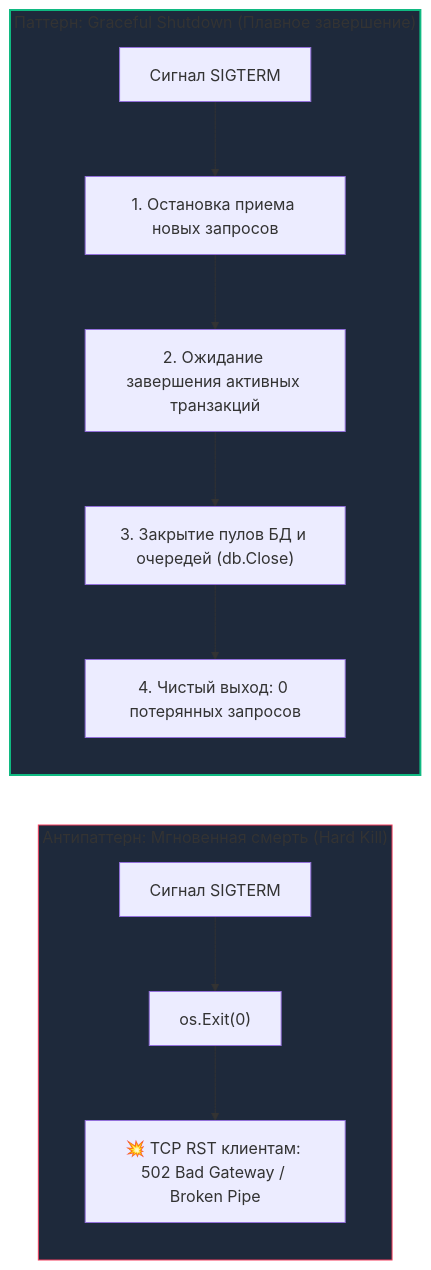
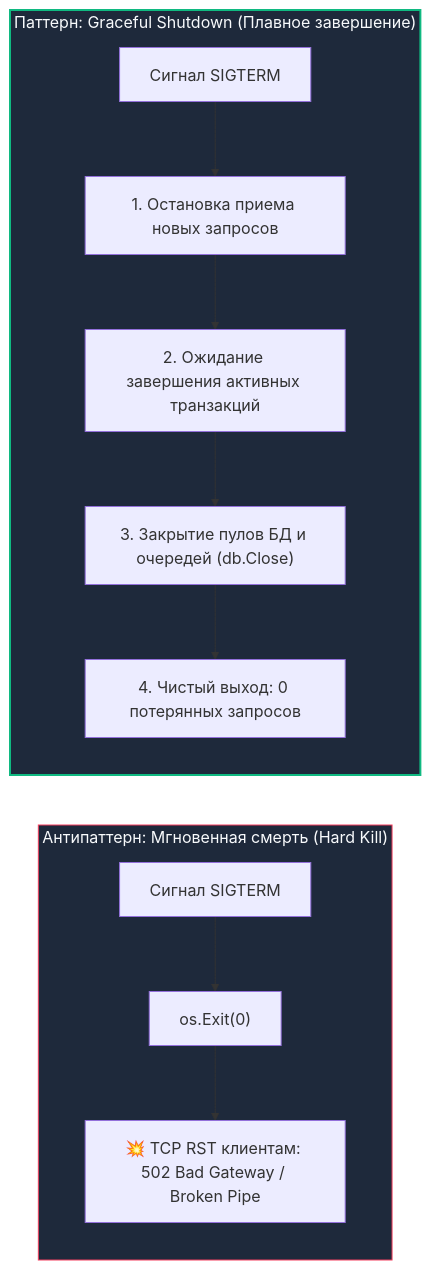
Before and after one commit to UnrealTemplier/go-textbook: the first of 3 diagrams in sources/10. Проектирование API и Сетевые протоколы/35. Chaos testing API.md, drawn with Mermaid. The commit also changed 310 other files, not shown here.

First line of the commit message:
fix(mermaid): replace light fill colors with dark palette for readability on dark theme

````diff
--- a/sources/10. Проектирование API и Сетевые протоколы/35. Chaos testing API.md
+++ b/sources/10. Проектирование API и Сетевые протоколы/35. Chaos testing API.md
@@ -26,19 +26,19 @@
 ```mermaid
 flowchart LR
     subgraph Bad ["Антипаттерн: Мгновенная смерть (Hard Kill)"]
         direction TB
         SIG1["Сигнал SIGTERM"] --> Crash["os.Exit(0)"]
         Crash --> RST["💥 TCP RST клиентам: 502 Bad Gateway / Broken Pipe"]
     end
 
     subgraph Good ["Паттерн: Graceful Shutdown (Плавное завершение)"]
         direction TB
         SIG2["Сигнал SIGTERM"] --> Drain["1. Остановка приема новых запросов"]
         Drain --> Finish["2. Ожидание завершения активных транзакций"]
         Finish --> Close["3. Закрытие пулов БД и очередей (db.Close)"]
         Close --> ExitOK["4. Чистый выход: 0 потерянных запросов"]
     end
 
-    style Bad fill:#1e293b,stroke:#f43f5e,stroke-width:1px
-    style Good fill:#1e293b,stroke:#10b981,stroke-width:2px
+    style Bad fill:#1e293b,stroke:#f43f5e,stroke-width:1px,color:#f8fafc
+    style Good fill:#1e293b,stroke:#10b981,stroke-width:2px,color:#f8fafc
 ```
````
